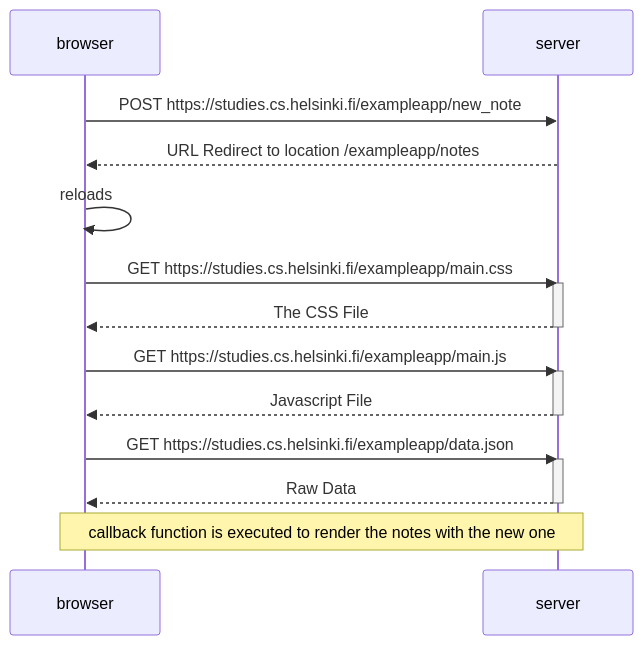
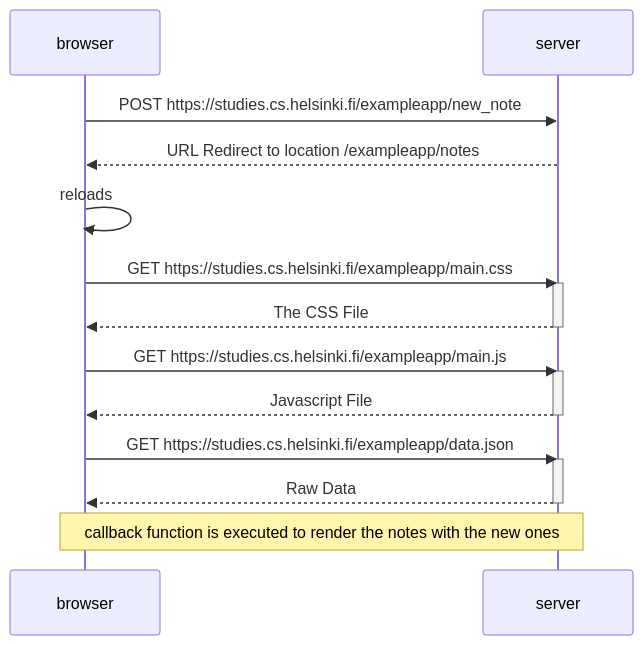
One commit to wasiflamer/FSO-Part0 changed the diagram in 0.4/new_note.md. Above: the diagram before and after it, drawn with Mermaid.

````diff
--- a/0.4/new_note.md
+++ b/0.4/new_note.md
@@ -1,39 +1,39 @@
 ```mermaid
 sequenceDiagram
     participant browser
     participant server
 
     browser->>server: POST https://studies.cs.helsinki.fi/exampleapp/new_note
     server-->>browser:  URL Redirect to location /exampleapp/notes
 
     browser->>browser: reloads
 
     browser->>server: GET https://studies.cs.helsinki.fi/exampleapp/main.css
     activate server
     server-->>browser: The CSS File 
     deactivate server
 
     browser->>server: GET https://studies.cs.helsinki.fi/exampleapp/main.js
     activate server
     server-->>browser: Javascript File 
     deactivate server
 
     browser->>server: GET https://studies.cs.helsinki.fi/exampleapp/data.json
     activate server
     server-->>browser: Raw Data 
     deactivate server
 
-    Note over browser,server: callback function is executed to render the notes with the new one 
+    Note over browser,server: callback function is executed to render the notes with the new ones
 
     
   
 
 
 
   
 
    
   
 
 
 ```
````
